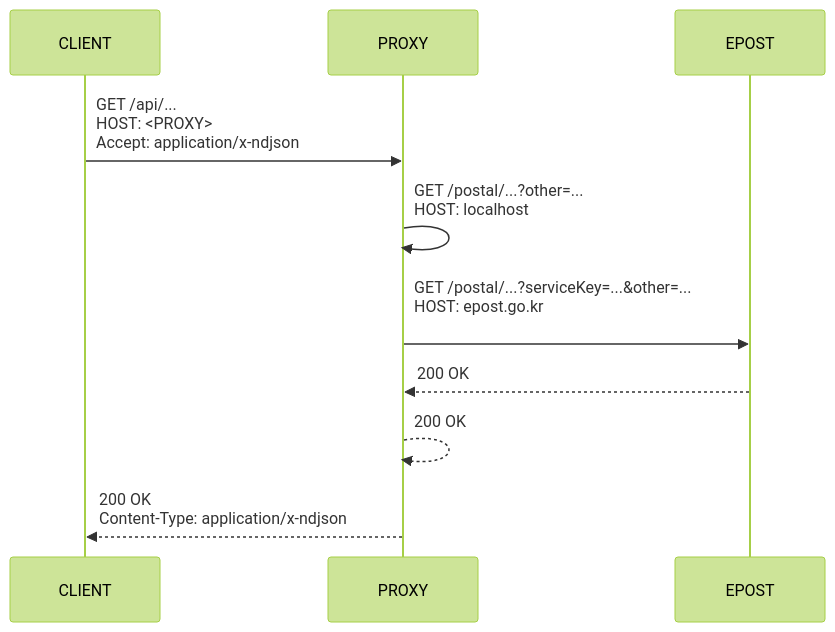
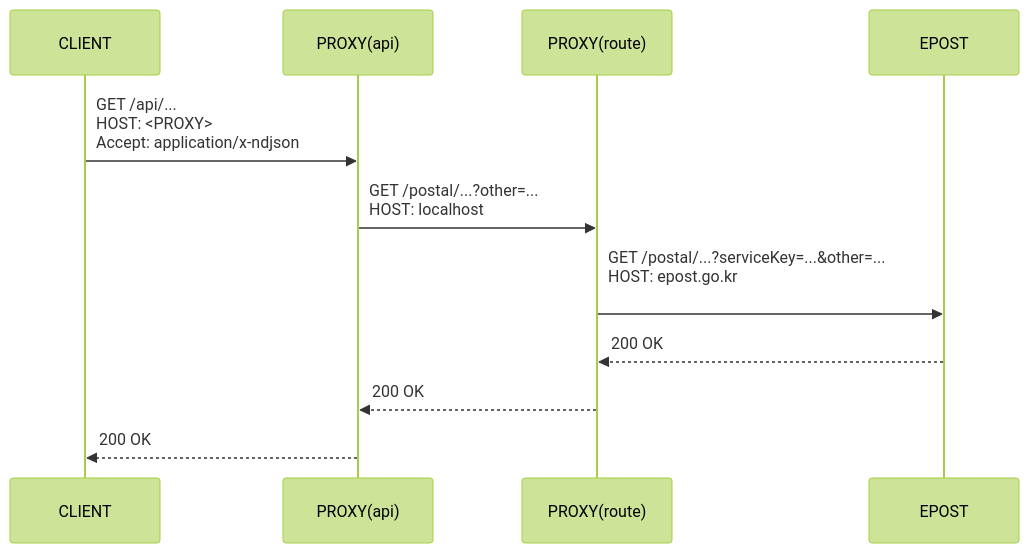
The third of 3 diagrams in README.md (jinahya/epost-openapi-proxy), drawn with Mermaid before and after one commit. The commit also changed other lines of this file, not shown here.

````diff
--- a/README.md
+++ b/README.md
@@ -38,10 +38,21 @@
 ```mermaid
-%%{init: { 'theme': 'forest', 'sequence': {'messageAlign': 'left', "fontFamily": "monospace", 'theme': 'dark'} }}%%
+%%{init: {
+  'theme': 'forest',
+  'themeVariables': {
+    'primaryColor': '#BB2528',
+    'primaryTextColor': '#fff',
+    'background': '#BB2528'
+   },
+  'sequence': {
+    'messageAlign': 'left'
+   },
+  'fontFamily': 'monospace'
+}}%%
 sequenceDiagram
-    CLIENT->>PROXY: GET /api/...<br>HOST: <PROXY><br>Accept: application/x-ndjson
-    PROXY->>PROXY: GET /postal/...?other=...<br>HOST: localhost
-    PROXY->>EPOST: GET /postal/...?serviceKey=...&other=...<br>HOST: epost.go.kr<br>
-    EPOST-->>PROXY: 200 OK
-    PROXY-->>PROXY: 200 OK
-    PROXY-->>CLIENT: 200 OK<br>Content-Type: application/x-ndjson
+  CLIENT ->> PROXY(api): GET /api/...<br>HOST: <PROXY><br>Accept: application/x-ndjson
+  PROXY(api) ->> PROXY(route): GET /postal/...?other=...<br>HOST: localhost
+  PROXY(route) ->> EPOST: GET /postal/...?serviceKey=...&other=...<br>HOST: epost.go.kr<br>
+  EPOST -->> PROXY(route): 200 OK
+  PROXY(route) -->> PROXY(api): 200 OK
+  PROXY(api) -->> CLIENT: 200 OK
 ```
````
